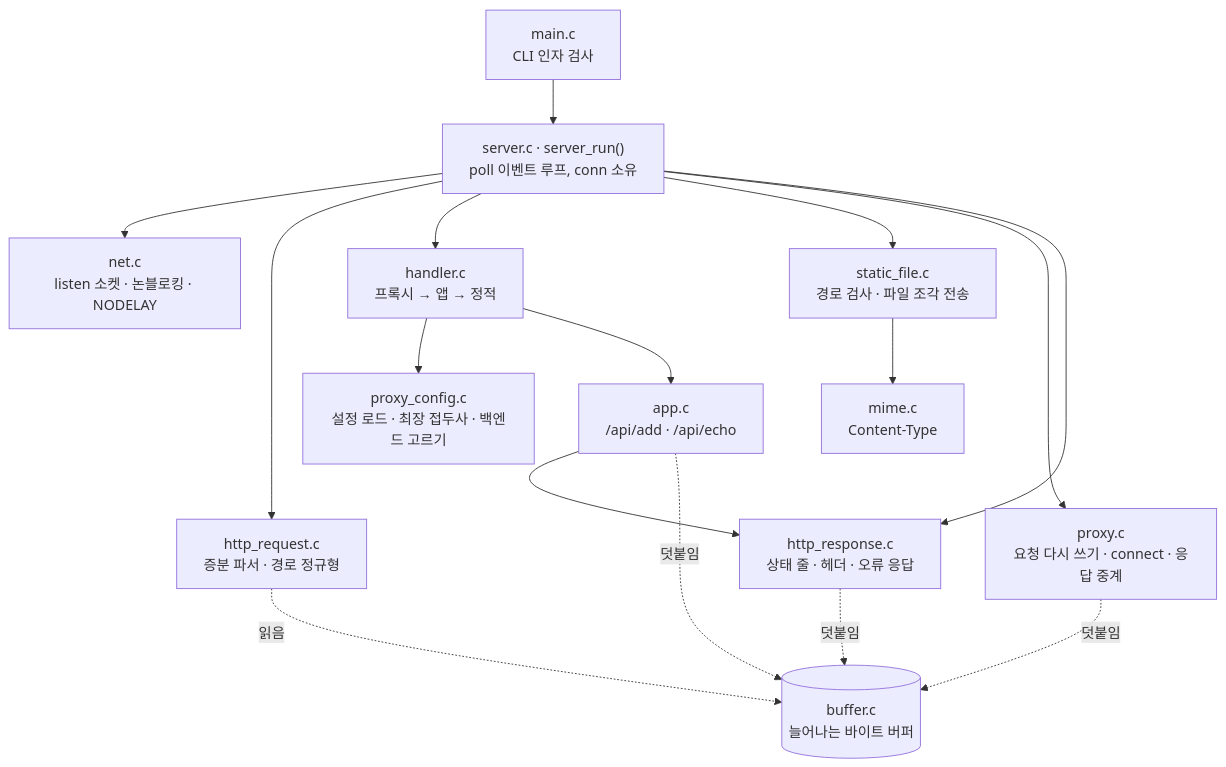
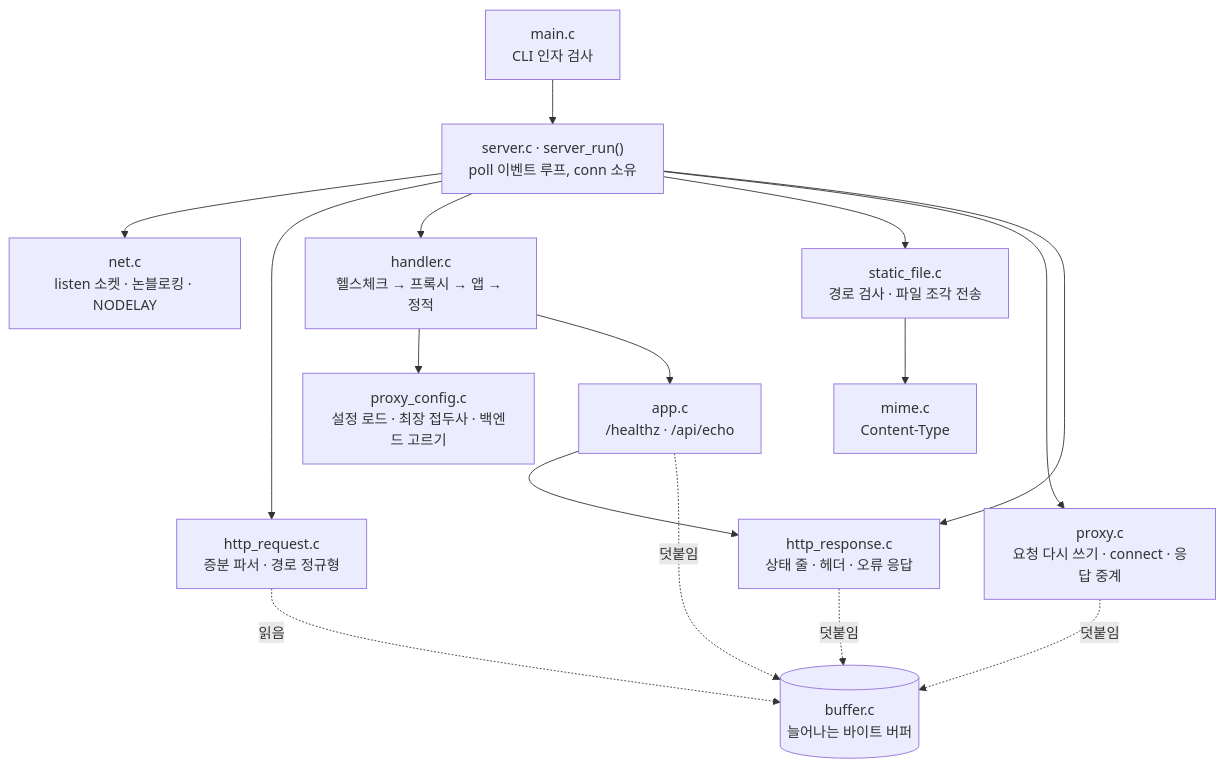
One commit to stereokkh/jungle-webserver changed the first of 6 diagrams in docs/architecture.md. Above: the diagram before and after it, drawn with Mermaid. The commit also changed other lines of this file and 3 other files, not shown here.

First line of the commit message:
docs: 내장 덧셈(/api/add)을 헬스체크(/healthz)로 바꾼 #53 을 문서에 반영

````diff
--- a/docs/architecture.md
+++ b/docs/architecture.md
@@ -26,19 +26,19 @@
 ```mermaid
 flowchart TD
     MAIN["main.c<br/>CLI 인자 검사"] --> RUN["server.c · server_run()<br/>poll 이벤트 루프, conn 소유"]
     RUN --> NET["net.c<br/>listen 소켓 · 논블로킹 · NODELAY"]
     RUN --> PARSE["http_request.c<br/>증분 파서 · 경로 정규형"]
-    RUN --> ROUTE["handler.c<br/>프록시 → 앱 → 정적"]
+    RUN --> ROUTE["handler.c<br/>헬스체크 → 프록시 → 앱 → 정적"]
     ROUTE --> PCFG["proxy_config.c<br/>설정 로드 · 최장 접두사 · 백엔드 고르기"]
-    ROUTE --> APP["app.c<br/>/api/add · /api/echo"]
+    ROUTE --> APP["app.c<br/>/healthz · /api/echo"]
     RUN --> STATIC["static_file.c<br/>경로 검사 · 파일 조각 전송"]
     STATIC --> MIME["mime.c<br/>Content-Type"]
     RUN --> PROXY["proxy.c<br/>요청 다시 쓰기 · connect · 응답 중계"]
     RUN --> RESP["http_response.c<br/>상태 줄 · 헤더 · 오류 응답"]
     APP --> RESP
     BUF[("buffer.c<br/>늘어나는 바이트 버퍼")]
     PARSE -.읽음.-> BUF
     RESP -.덧붙임.-> BUF
     PROXY -.덧붙임.-> BUF
     APP -.덧붙임.-> BUF
 ```
````
